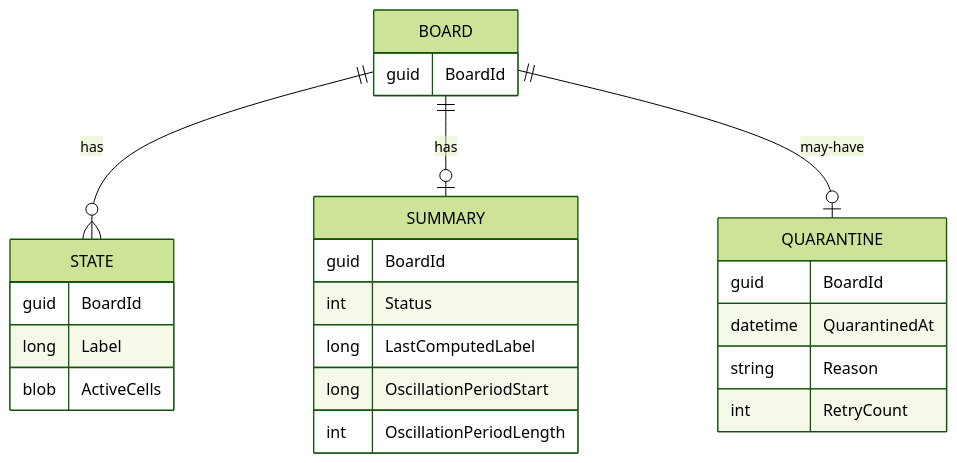
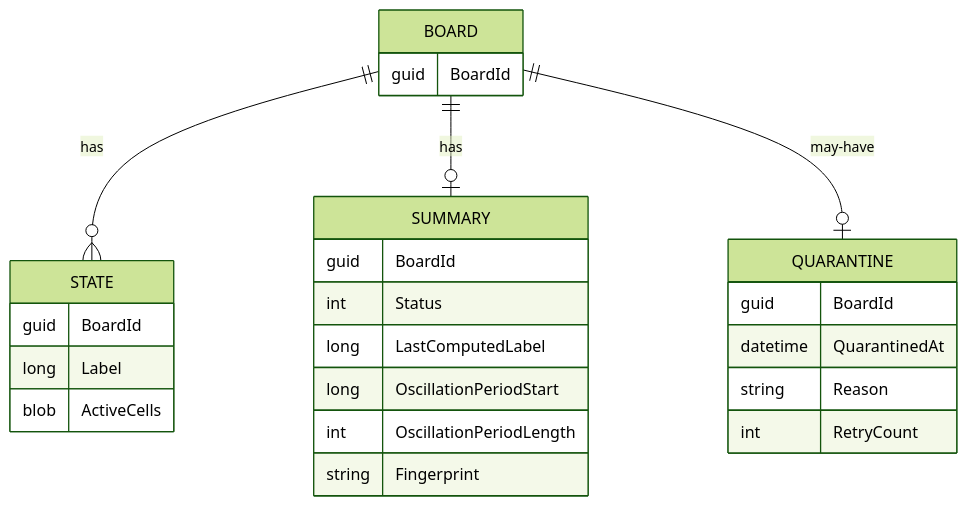
The diagram in docs/persistence.md (GabrielAtGitHub/LifeService), drawn with Mermaid (forest theme) before and after one commit. The commit also changed other lines of this file and 15 other files, not shown here.

````diff
--- a/docs/persistence.md
+++ b/docs/persistence.md
@@ -31,10 +42,10 @@
 ```mermaid
 erDiagram
     BOARD ||--o{ STATE : has
     BOARD ||--o| SUMMARY : has
     BOARD ||--o| QUARANTINE : may-have
     BOARD { guid BoardId }
     STATE { guid BoardId  long Label  blob ActiveCells }
-    SUMMARY { guid BoardId  int Status  long LastComputedLabel  long OscillationPeriodStart  int OscillationPeriodLength }
+    SUMMARY { guid BoardId  int Status  long LastComputedLabel  long OscillationPeriodStart  int OscillationPeriodLength  string Fingerprint }
     QUARANTINE { guid BoardId  datetime QuarantinedAt  string Reason  int RetryCount }
 ```
````
